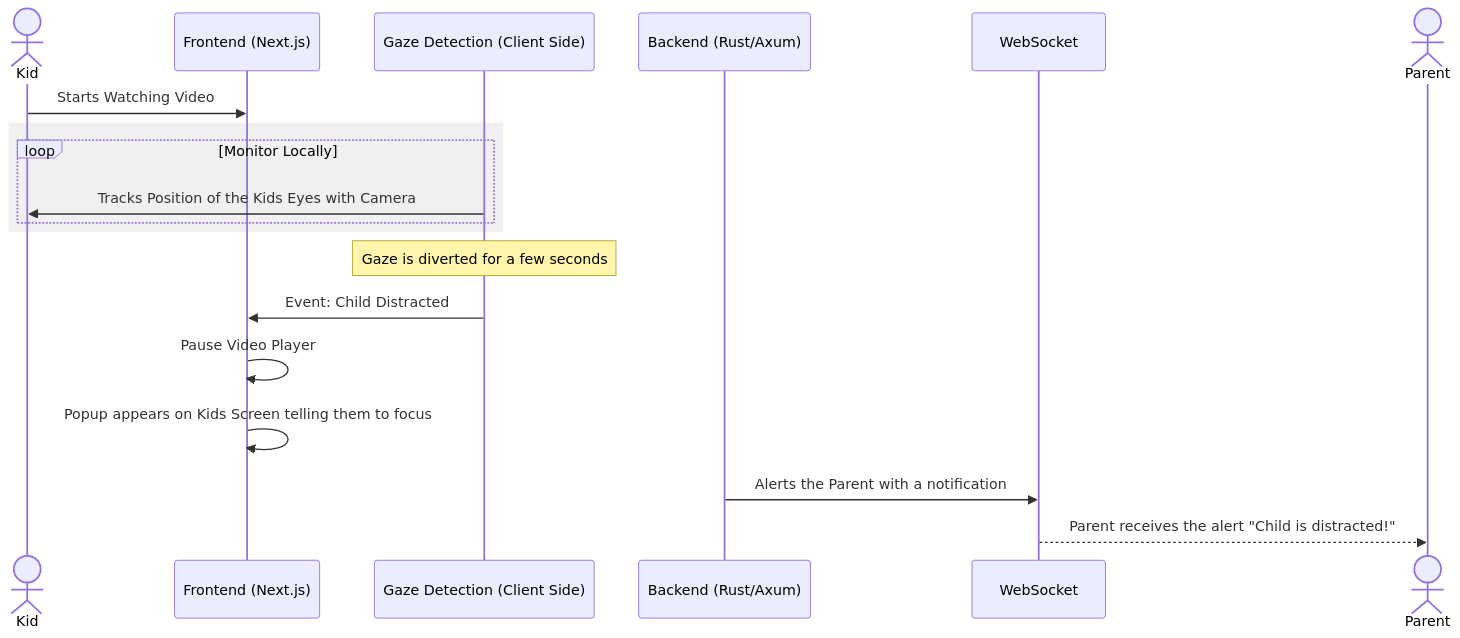
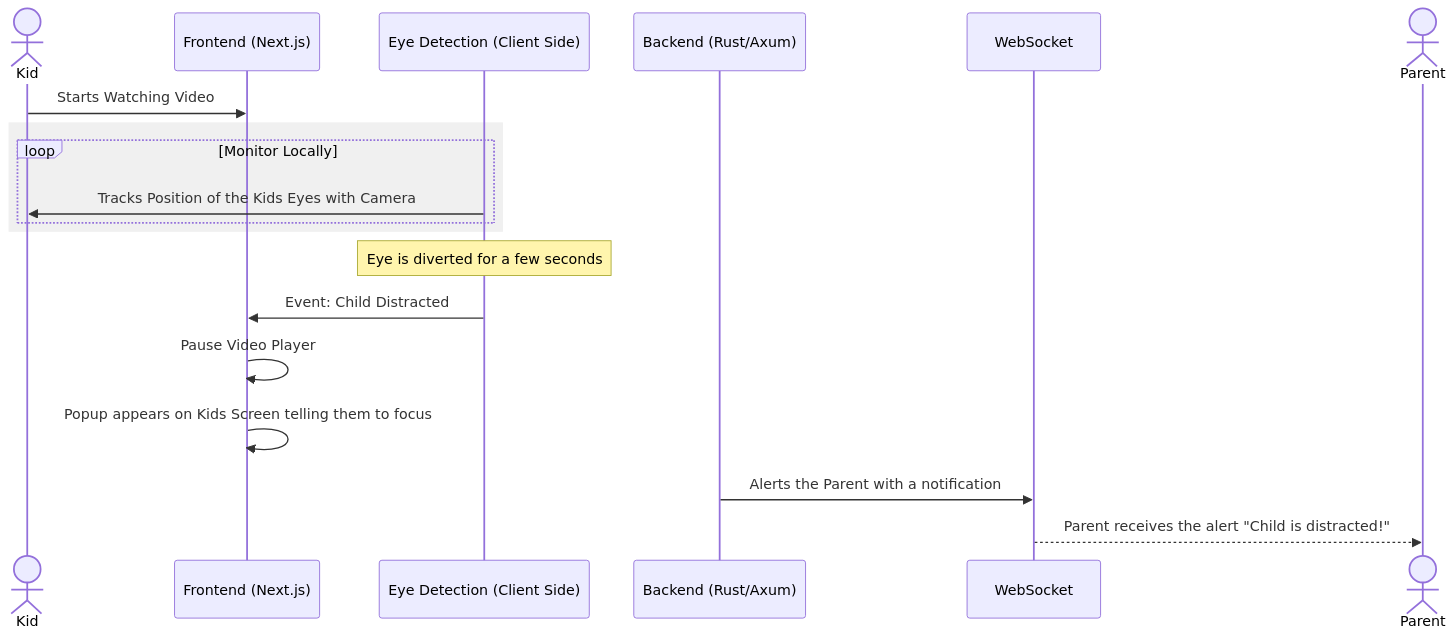
One commit to Capstone-Projects-2026-spring/piggyback-learning-2 changed the second of 5 diagrams in documentation/docs/requirements/use-case-descriptions.md. Above: the diagram before and after it, drawn with Mermaid.

````diff
--- a/documentation/docs/requirements/use-case-descriptions.md
+++ b/documentation/docs/requirements/use-case-descriptions.md
@@ -71,27 +71,27 @@
 ```mermaid
 sequenceDiagram
     actor Kid
     participant WebApp as Frontend (Next.js)
-    participant Gaze as Gaze Detection (Client Side)
+    participant Eye as Eye Detection (Client Side)
     participant API as Backend (Rust/Axum)
     participant WS as WebSocket
     actor Parent
 
     Kid->>WebApp: Starts Watching Video
       rect rgb(240, 240, 240)
       loop Monitor Locally
-          Gaze->>Kid: Tracks Position of the Kids Eyes with Camera
+          Eye->>Kid: Tracks Position of the Kids Eyes with Camera
       end
     end
 
-    Note over Gaze: Gaze is diverted for a few seconds
-    Gaze->>WebApp: Event: Child Distracted
+    Note over Eye: Eye is diverted for a few seconds
+    Eye->>WebApp: Event: Child Distracted
     
     WebApp->>WebApp: Pause Video Player
     WebApp->>WebApp: Popup appears on Kids Screen telling them to focus
     
 
     API->>WS: Alerts the Parent with a notification
     WS-->>Parent: Parent receives the alert "Child is distracted!"
 
 ```
````
